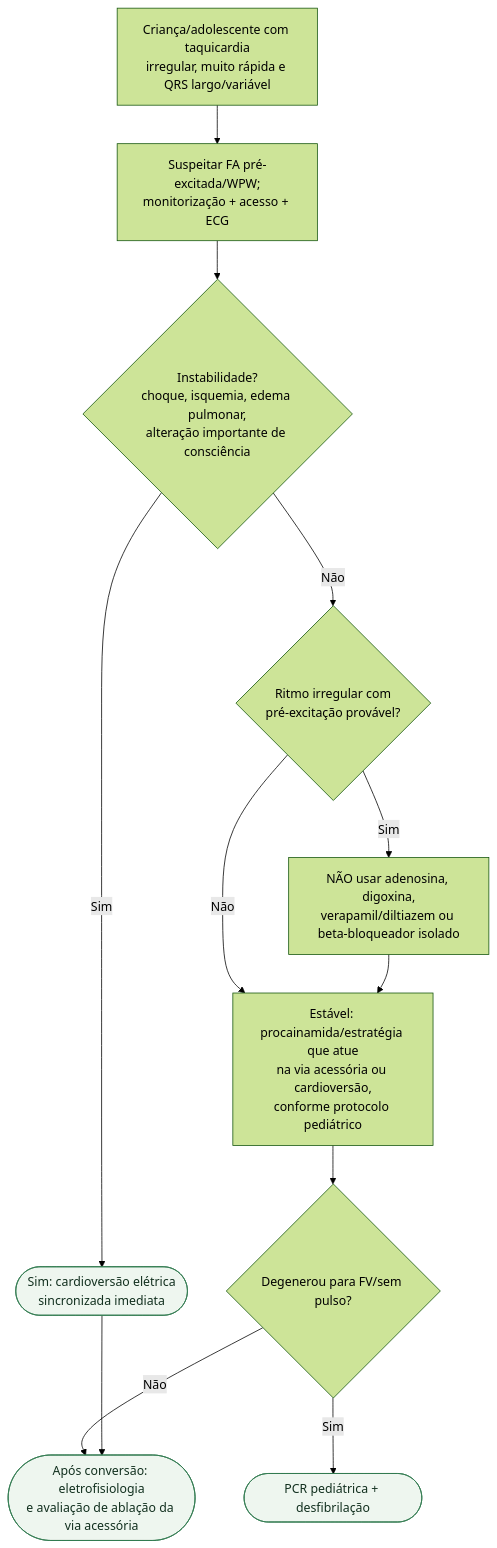
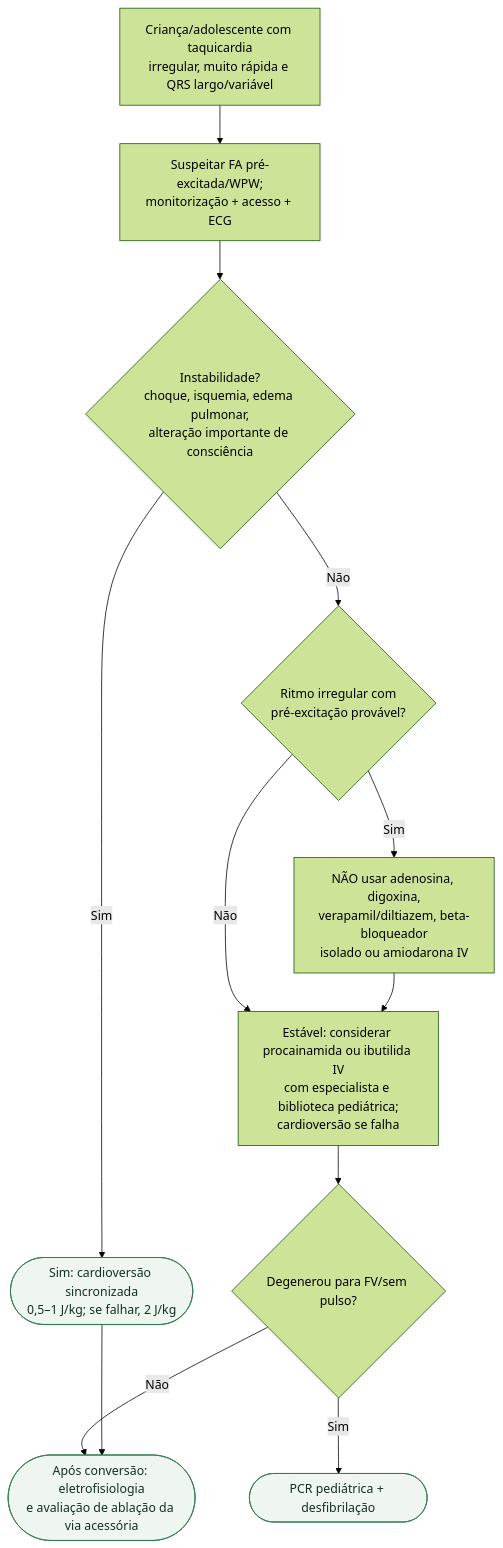
The diagram in content/Cardiologia_pediátrica/fluxograma-fibrilacao-atrial-pre-excitada-wpw-na-crianca-e-adolescente.md (rafaelpaesmeirelles/MeuCardio), drawn with Mermaid (forest theme) before and after one commit. The commit also changed other lines of this file and 37 other files, not shown here.

````diff
--- a/content/Cardiologia_pediátrica/fluxograma-fibrilacao-atrial-pre-excitada-wpw-na-crianca-e-adolescente.md
+++ b/content/Cardiologia_pediátrica/fluxograma-fibrilacao-atrial-pre-excitada-wpw-na-crianca-e-adolescente.md
@@ -13,28 +16,28 @@
 ```mermaid
 flowchart TD
   R0["Criança/adolescente com taquicardia<br/>irregular, muito rápida e QRS largo/variável"]
   P1["Suspeitar FA pré-excitada/WPW;<br/>monitorização + acesso + ECG"]
   D1{"Instabilidade?<br/>choque, isquemia, edema pulmonar,<br/>alteração importante de consciência"}
-  C1(["Sim: cardioversão elétrica<br/>sincronizada imediata"])
+  C1(["Sim: cardioversão sincronizada<br/>0,5–1 J/kg; se falhar, 2 J/kg"])
   D2{"Ritmo irregular com<br/>pré-excitação provável?"}
-  P2["NÃO usar adenosina, digoxina,<br/>verapamil/diltiazem ou beta-bloqueador isolado"]
-  P3["Estável: procainamida/estratégia que atue<br/>na via acessória ou cardioversão,<br/>conforme protocolo pediátrico"]
+  P2["NÃO usar adenosina, digoxina,<br/>verapamil/diltiazem, beta-bloqueador<br/>isolado ou amiodarona IV"]
+  P3["Estável: considerar procainamida ou ibutilida IV<br/>com especialista e biblioteca pediátrica;<br/>cardioversão se falha"]
   D3{"Degenerou para FV/sem pulso?"}
   C2(["PCR pediátrica + desfibrilação"])
   C3(["Após conversão: eletrofisiologia<br/>e avaliação de ablação da via acessória"])
 
   R0 --> P1
   P1 --> D1
   D1 -->|"Sim"| C1
   D1 -->|"Não"| D2
   D2 -->|"Sim"| P2
   D2 -->|"Não"| P3
   P2 --> P3
   P3 --> D3
   D3 -->|"Sim"| C2
   D3 -->|"Não"| C3
   C1 --> C3
 
   classDef conduta fill:#eef6ef,stroke:#2f7a4f,color:#12301f;
   class C1,C2,C3 conduta;
 ```
````
